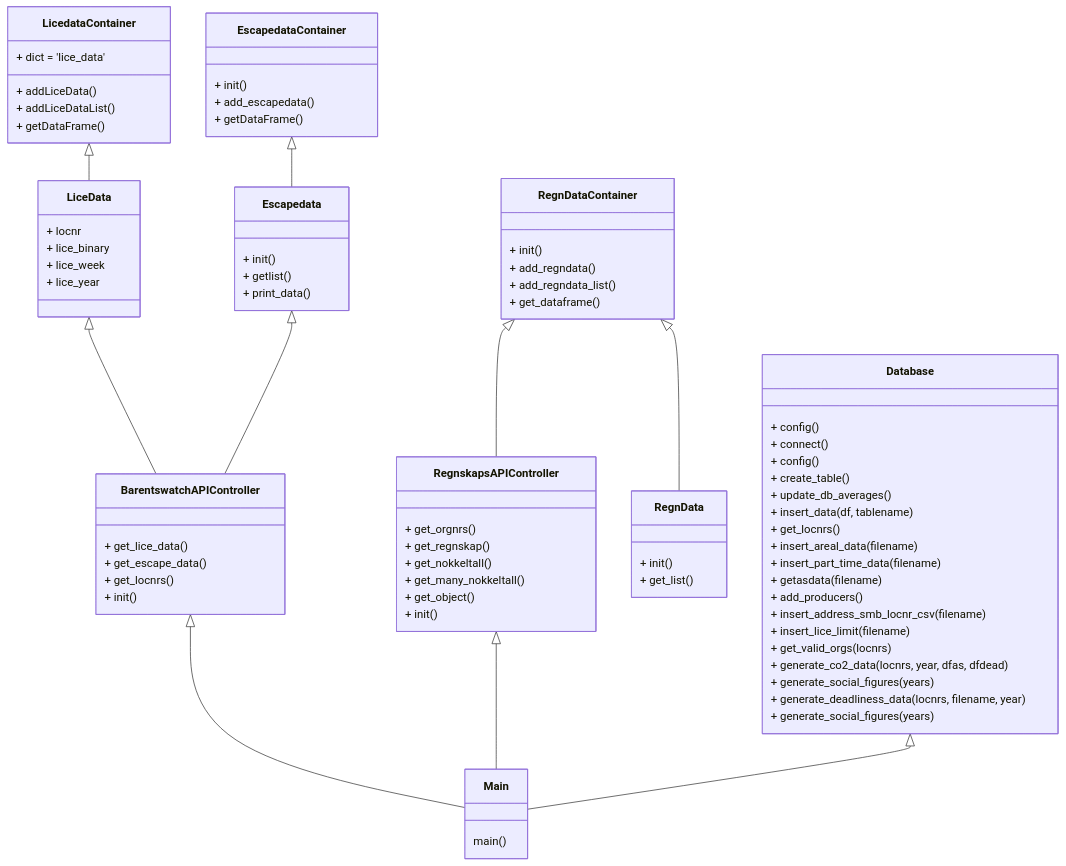
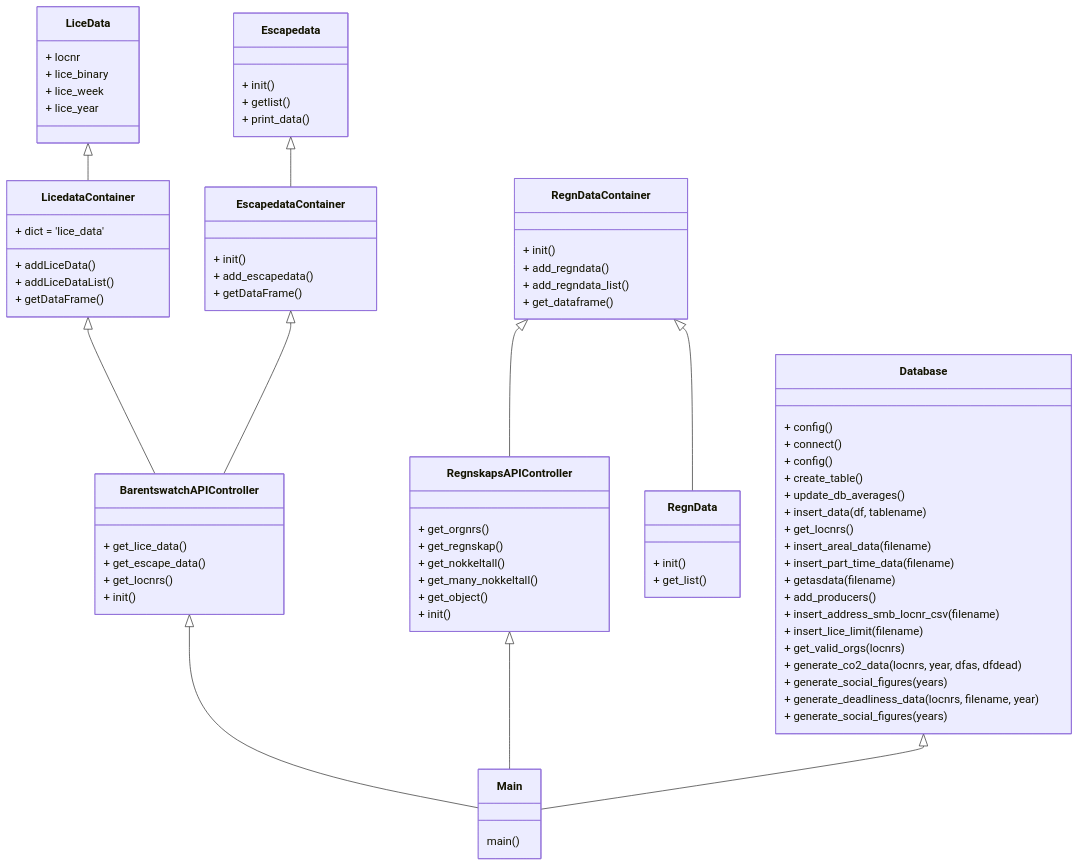
One commit to brreg/sommercamp2022 changed the diagram in Documentation/class_diagram.md. Above: the diagram before and after it, drawn with Mermaid.

```diff
--- a/Documentation/class_diagram.md
+++ b/Documentation/class_diagram.md
@@ -6,10 +6,10 @@
     RegnDataContainer <|-- RegnskapsAPIController
     RegnDataContainer <|-- RegnData
     Database <|-- Main
-	LiceData <|-- BarentswatchAPIController
-	Escapedata <|-- BarentswatchAPIController
-	LicedataContainer <|-- LiceData
-	EscapedataContainer <|-- Escapedata
+	LicedataContainer <|-- BarentswatchAPIController
+	EscapedataContainer <|-- BarentswatchAPIController
+	LiceData <|-- LicedataContainer
+	Escapedata <|-- EscapedataContainer
 	
     
 	
```
